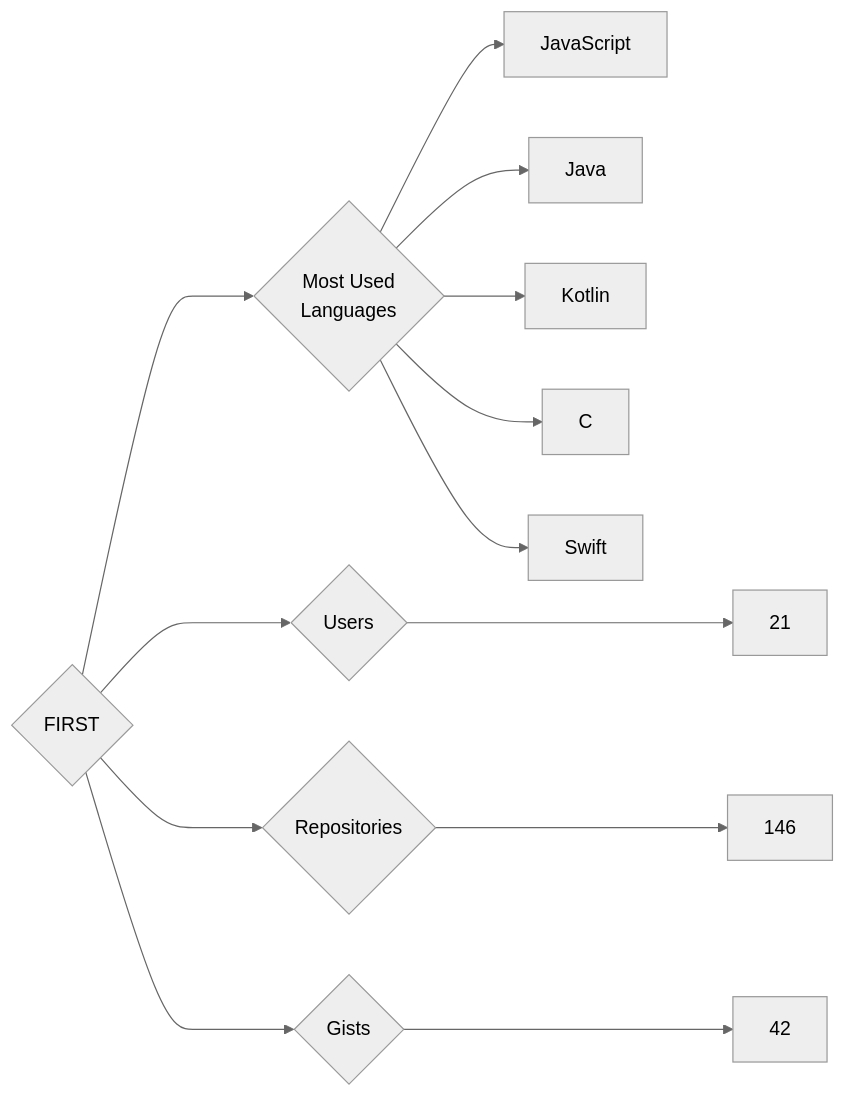
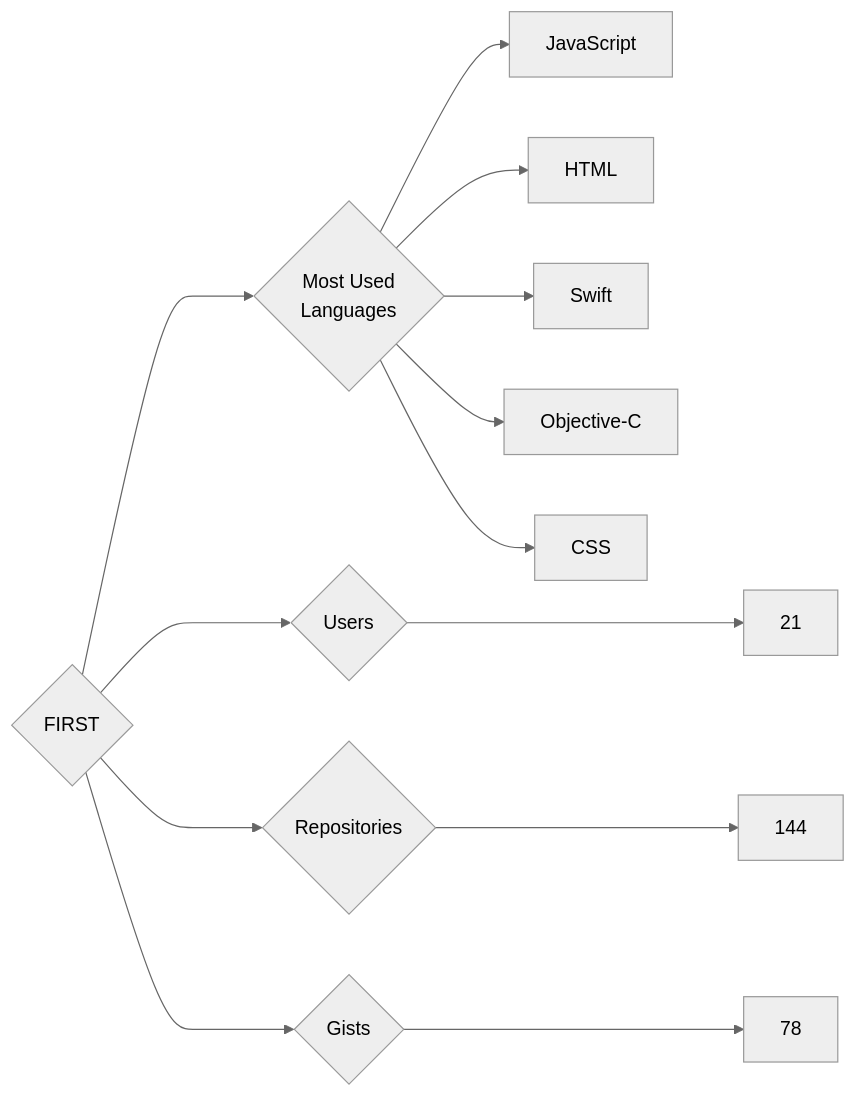
Before and after one commit to trickest/insiders: the diagram in targets/FIRST/README.md, drawn with Mermaid (neutral theme). The commit also changed 757 other files, not shown here.

````diff
--- a/targets/FIRST/README.md
+++ b/targets/FIRST/README.md
@@ -3,13 +3,13 @@
 ```mermaid
 graph LR
 COMPANY_NAME{FIRST}
 COMPANY_NAME ---> U{Users} ---> UN[21]
-COMPANY_NAME ---> R{Repositories} ---> RN[146]
-COMPANY_NAME ---> G{Gists} ---> GN[42]
+COMPANY_NAME ---> R{Repositories} ---> RN[144]
+COMPANY_NAME ---> G{Gists} ---> GN[78]
 COMPANY_NAME ---> ML{Most Used<br>Languages}
 ML --> JavaScript[JavaScript]
-ML --> Java[Java]
-ML --> Kotlin[Kotlin]
-ML --> C[C]
+ML --> HTML[HTML]
 ML --> Swift[Swift]
+ML --> Objective-C[Objective-C]
+ML --> CSS[CSS]
 ```
````
